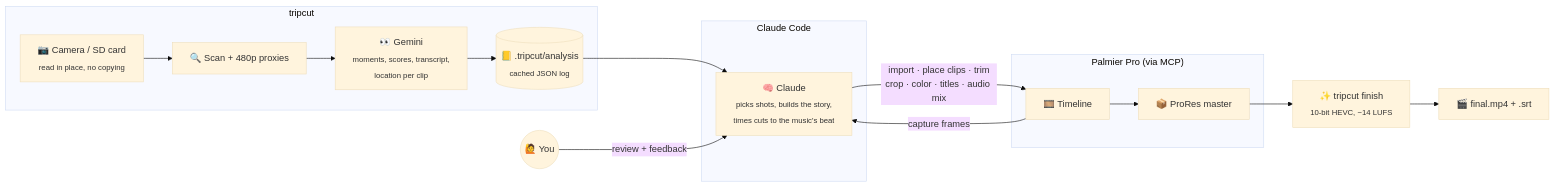
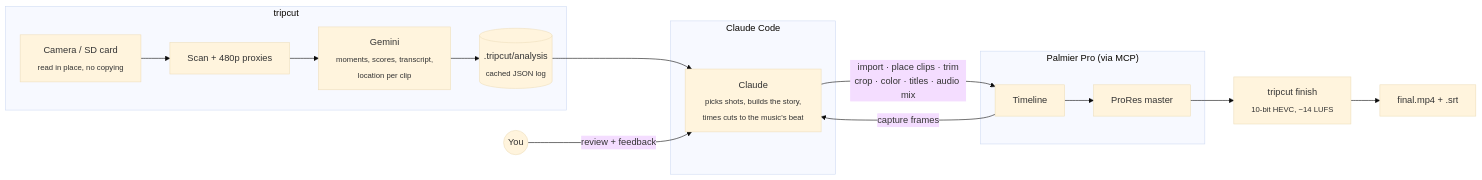
The second of 2 diagrams in README.md (divyankrahoria/tripcut), drawn with Mermaid (base theme) before and after one commit. The commit also changed other lines of this file and 2 other files, not shown here.

````diff
--- a/README.md
+++ b/README.md
@@ -92,22 +92,22 @@
 ```mermaid
 flowchart LR
     subgraph T["tripcut"]
-        A[📷 Camera / SD card<br/><sub>read in place, no copying</sub>] --> B[🔍 Scan + 480p proxies]
-        B --> C[👀 Gemini<br/><sub>moments, scores, transcript,<br/>location per clip</sub>]
-        C --> D[(📒 .tripcut/analysis<br/><sub>cached JSON log</sub>)]
+        A[Camera / SD card<br/><sub>read in place, no copying</sub>] --> B[Scan + 480p proxies]
+        B --> C[Gemini<br/><sub>moments, scores, transcript,<br/>location per clip</sub>]
+        C --> D[(.tripcut/analysis<br/><sub>cached JSON log</sub>)]
     end
 
     subgraph E["Claude Code"]
-        D --> F[🧠 Claude<br/><sub>picks shots, builds the story,<br/>times cuts to the music's beat</sub>]
+        D --> F[Claude<br/><sub>picks shots, builds the story,<br/>times cuts to the music's beat</sub>]
     end
 
     subgraph P["Palmier Pro (via MCP)"]
-        F -- "import · place clips · trim<br/>crop · color · titles · audio mix" --> G[🎞️ Timeline]
+        F -- "import · place clips · trim<br/>crop · color · titles · audio mix" --> G[Timeline]
         G -- "capture frames" --> F
-        G --> H[📦 ProRes master]
+        G --> H[ProRes master]
     end
 
-    U((🙋 You)) -- "review + feedback" --> F
-    H --> I[✨ tripcut finish<br/><sub>10-bit HEVC, −14 LUFS</sub>]
-    I --> J[🎬 final.mp4 + .srt]
+    U((You)) -- "review + feedback" --> F
+    H --> I[tripcut finish<br/><sub>10-bit HEVC, −14 LUFS</sub>]
+    I --> J[final.mp4 + .srt]
 ```
````
